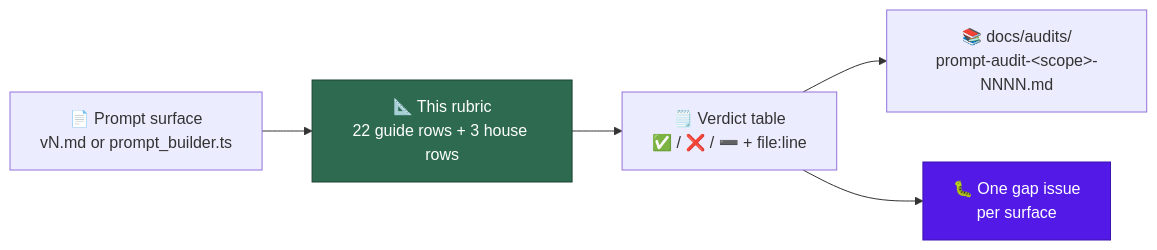
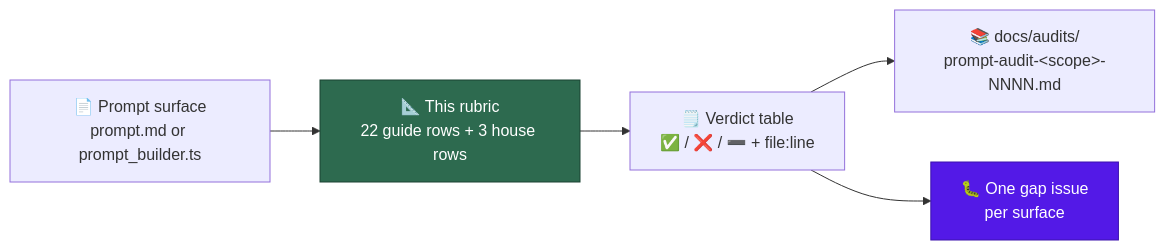
The diagram in docs/PROMPT-BEST-PRACTICES-CHECKLIST.md (stSoftwareAU/VibeCoder), drawn with Mermaid before and after one commit. The commit also changed other lines of this file and 105 other files, not shown here.

````diff
--- a/docs/PROMPT-BEST-PRACTICES-CHECKLIST.md
+++ b/docs/PROMPT-BEST-PRACTICES-CHECKLIST.md
@@ -15,9 +15,9 @@
 ```mermaid
 flowchart LR
-    S["📄 Prompt surface<br/>vN.md or prompt_builder.ts"] --> R["📐 This rubric<br/>22 guide rows + 3 house rows"]
+    S["📄 Prompt surface<br/>prompt.md or prompt_builder.ts"] --> R["📐 This rubric<br/>22 guide rows + 3 house rows"]
     R --> V["🗒️ Verdict table<br/>✅ / ❌ / ➖ + file:line"]
     V --> A["📚 docs/audits/<br/>prompt-audit-&lt;scope&gt;-NNNN.md"]
     V --> G["🐛 One gap issue<br/>per surface"]
     style R fill:#2d6a4f,stroke:#1b4332,color:#fff
     style G fill:#5319e7,stroke:#3d13ad,color:#fff
 ```
````
